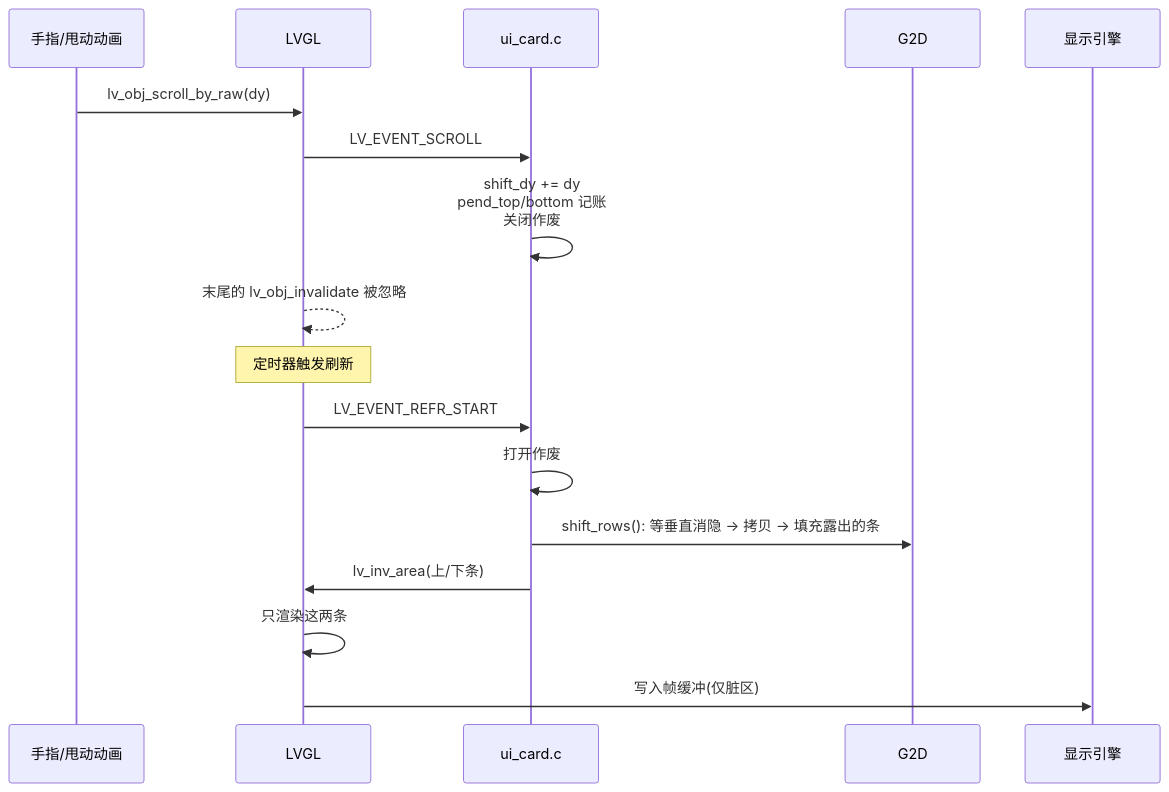
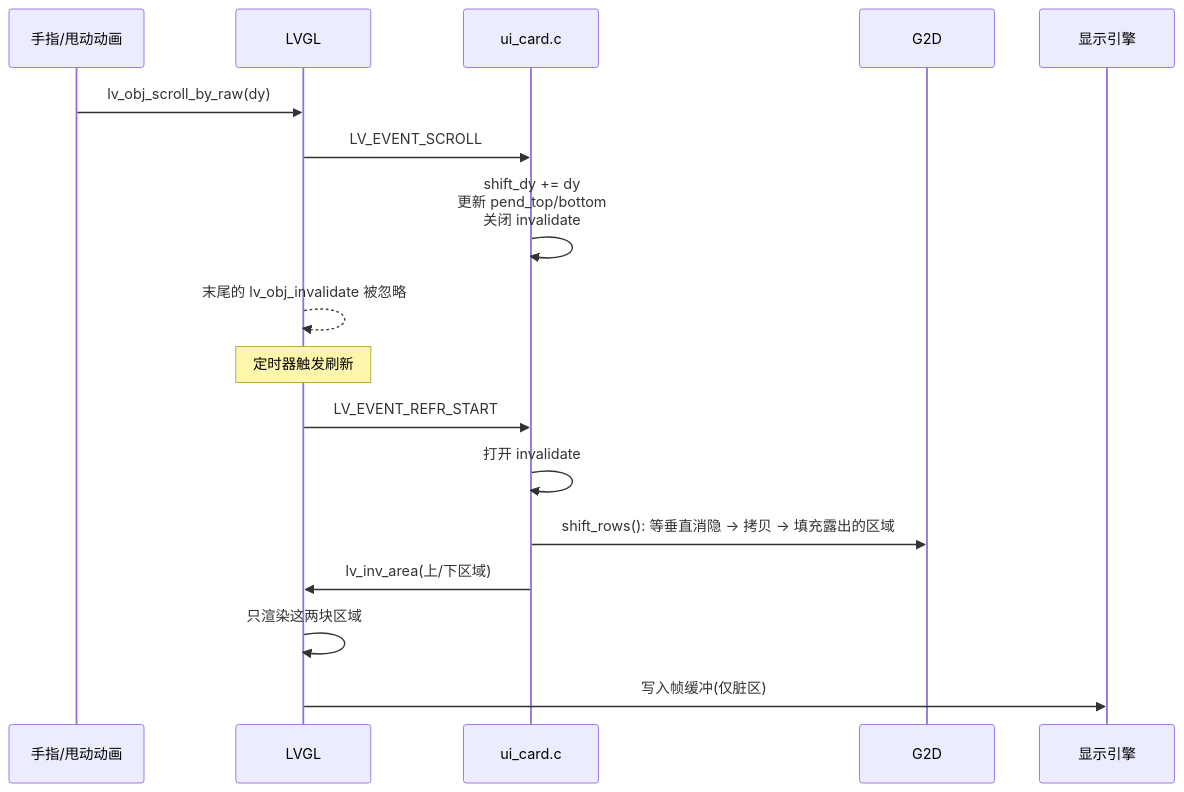
Before and after one commit to YuzukiTsuru/YuzukiTsuru.GitHub.io: the third of 6 diagrams in source/_posts/2026-10-14-lvgl-fast-scroll.md, drawn with Mermaid. The commit also changed other lines of this file and 2 other files, not shown here.

````diff
--- a/source/_posts/2026-10-14-lvgl-fast-scroll.md
+++ b/source/_posts/2026-10-14-lvgl-fast-scroll.md
@@ -78,20 +78,20 @@
 ```mermaid
 sequenceDiagram
     participant U as 手指/甩动动画
     participant L as LVGL
     participant C as ui_card.c
     participant G as G2D
     participant D as 显示引擎
 
     U->>L: lv_obj_scroll_by_raw(dy)
     L->>C: LV_EVENT_SCROLL
-    C->>C: shift_dy += dy<br/>pend_top/bottom 记账<br/>关闭作废
+    C->>C: shift_dy += dy<br/>更新 pend_top/bottom<br/>关闭 invalidate
     L-->>L: 末尾的 lv_obj_invalidate 被忽略
     Note over L: 定时器触发刷新
     L->>C: LV_EVENT_REFR_START
-    C->>C: 打开作废
-    C->>G: shift_rows(): 等垂直消隐 → 拷贝 → 填充露出的条
-    C->>L: lv_inv_area(上/下条)
-    L->>L: 只渲染这两条
+    C->>C: 打开 invalidate
+    C->>G: shift_rows(): 等垂直消隐 → 拷贝 → 填充露出的区域
+    C->>L: lv_inv_area(上/下区域)
+    L->>L: 只渲染这两块区域
     L->>D: 写入帧缓冲(仅脏区)
 ```
````
